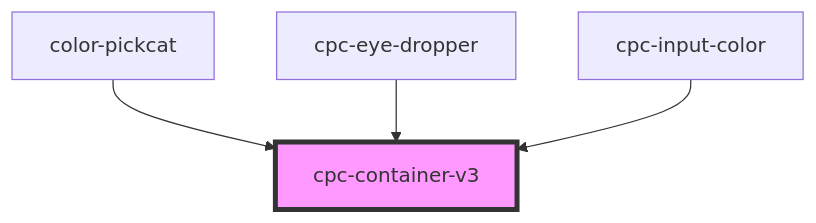
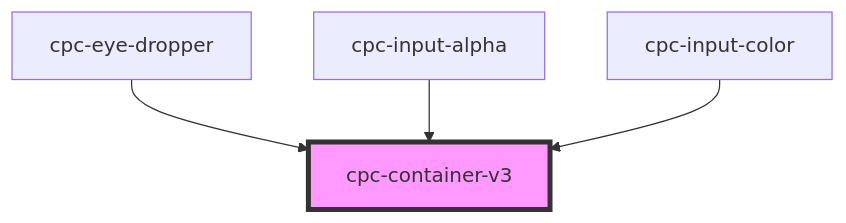
One commit to luislozad/color-pickcat changed the diagram in src/components/cpc-container-v3/readme.md. Above: the diagram before and after it, drawn with Mermaid. The commit also changed other lines of this file and 77 other files, not shown here.

````diff
--- a/src/components/cpc-container-v3/readme.md
+++ b/src/components/cpc-container-v3/readme.md
@@ -31,7 +31,7 @@
 ```mermaid
 graph TD;
-  color-pickcat --> cpc-container-v3
   cpc-eye-dropper --> cpc-container-v3
+  cpc-input-alpha --> cpc-container-v3
   cpc-input-color --> cpc-container-v3
   style cpc-container-v3 fill:#f9f,stroke:#333,stroke-width:4px
 ```
````
